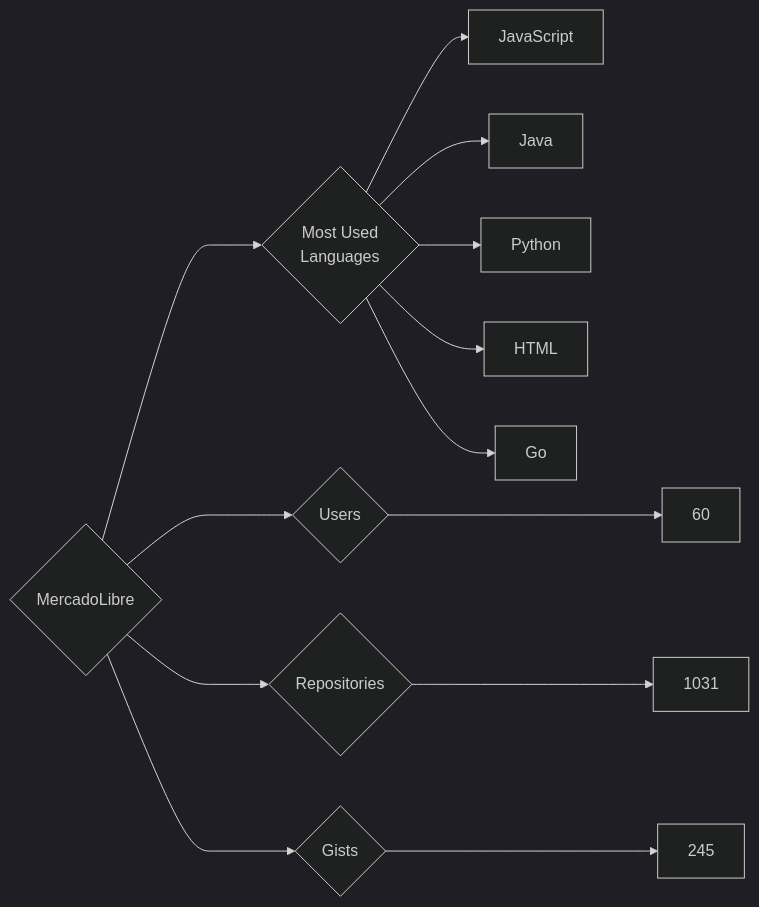
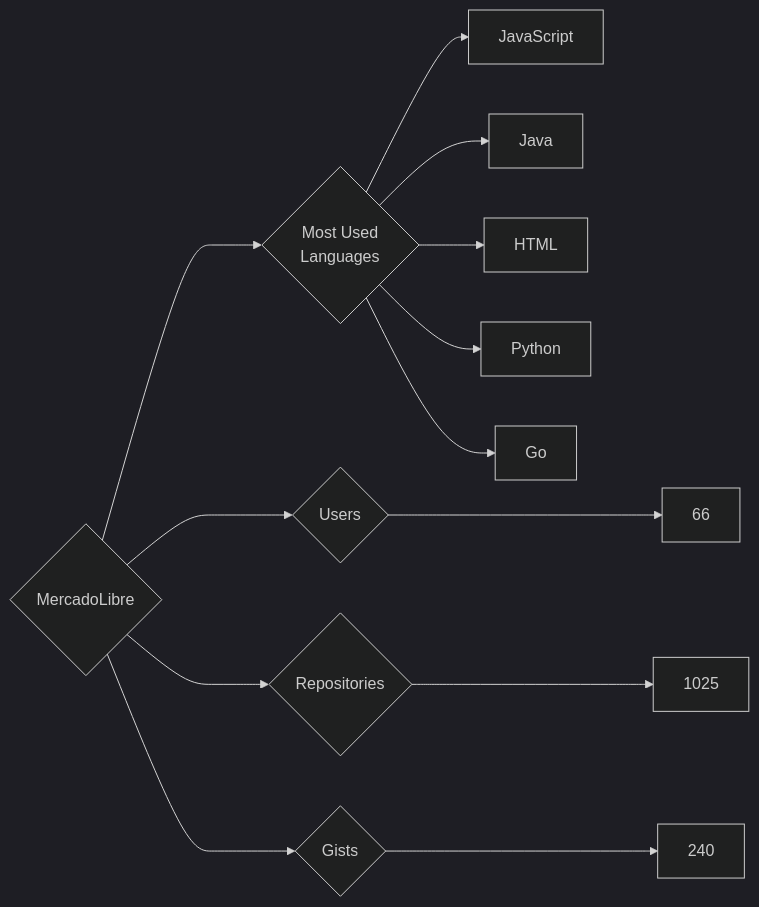
One commit to trickest/insiders changed the diagram in targets/MercadoLibre/README.md. Above: the diagram before and after it, drawn with Mermaid (dark theme). The commit also changed 928 other files, not shown here.

````diff
--- a/targets/MercadoLibre/README.md
+++ b/targets/MercadoLibre/README.md
@@ -3,13 +3,13 @@
 ```mermaid
 graph LR
 COMPANY_NAME{MercadoLibre}
-COMPANY_NAME ---> U{Users} ---> UN[60]
-COMPANY_NAME ---> R{Repositories} ---> RN[1031]
-COMPANY_NAME ---> G{Gists} ---> GN[245]
+COMPANY_NAME ---> U{Users} ---> UN[66]
+COMPANY_NAME ---> R{Repositories} ---> RN[1025]
+COMPANY_NAME ---> G{Gists} ---> GN[240]
 COMPANY_NAME ---> ML{Most Used<br>Languages}
 ML --> JavaScript[JavaScript]
 ML --> Java[Java]
+ML --> HTML[HTML]
 ML --> Python[Python]
-ML --> HTML[HTML]
 ML --> Go[Go]
 ```
````
